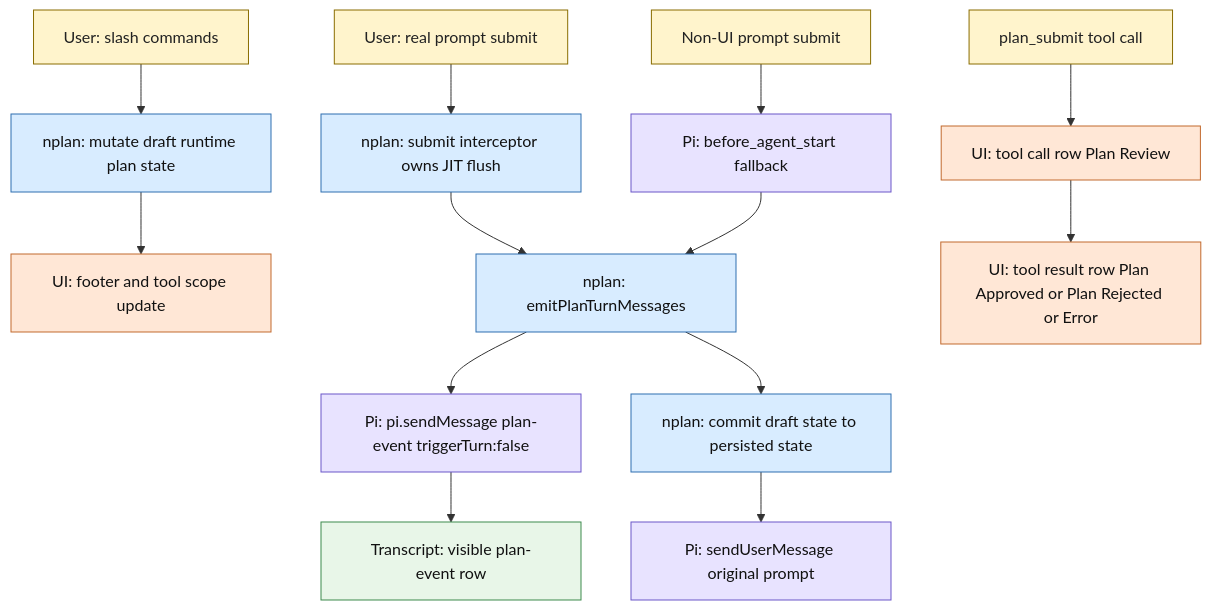
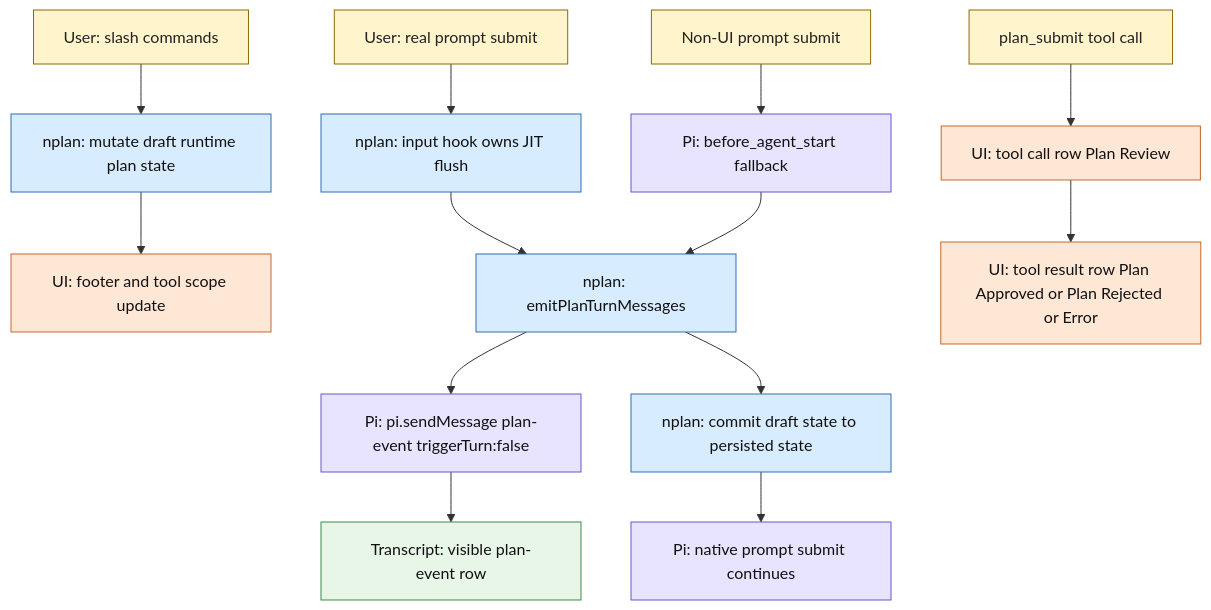
Before and after one commit to pyronaur/nplan: the diagram in docs/mermaid-planning-message-lifecycle.md, drawn with Mermaid. The commit also changed other lines of this file and 10 other files, not shown here.

````diff
--- a/docs/mermaid-planning-message-lifecycle.md
+++ b/docs/mermaid-planning-message-lifecycle.md
@@ -31,29 +31,29 @@
 ```mermaid
 flowchart TD
     A[User: slash commands] --> B[nplan: mutate draft runtime plan state]
     B --> C[UI: footer and tool scope update]
 
-    D[User: real prompt submit] --> E[nplan: submit interceptor owns JIT flush]
+    D[User: real prompt submit] --> E[nplan: input hook owns JIT flush]
     E --> F[nplan: emitPlanTurnMessages]
     F --> G[Pi: pi.sendMessage plan-event triggerTurn:false]
     G --> H[Transcript: visible plan-event row]
     F --> I[nplan: commit draft state to persisted state]
-    I --> J[Pi: sendUserMessage original prompt]
+	I --> J[Pi: native prompt submit continues]
 
     K[Non-UI prompt submit] --> L[Pi: before_agent_start fallback]
     L --> F
 
     M[plan_submit tool call] --> N[UI: tool call row Plan Review]
     N --> O[UI: tool result row Plan Approved or Plan Rejected or Error]
 
     classDef user fill:#fff4cc,stroke:#8a6d00,color:#222;
     classDef nplan fill:#d8ecff,stroke:#2f6fb0,color:#111;
     classDef pi fill:#e8e3ff,stroke:#6b57c8,color:#111;
     classDef data fill:#e8f6e8,stroke:#3d8a4d,color:#111;
     classDef ui fill:#ffe7d6,stroke:#c26a2e,color:#111;
     class A,D,K,M user;
     class B,E,F,I nplan;
     class G,J,L pi;
     class H data;
     class C,N,O ui;
 ```
````
